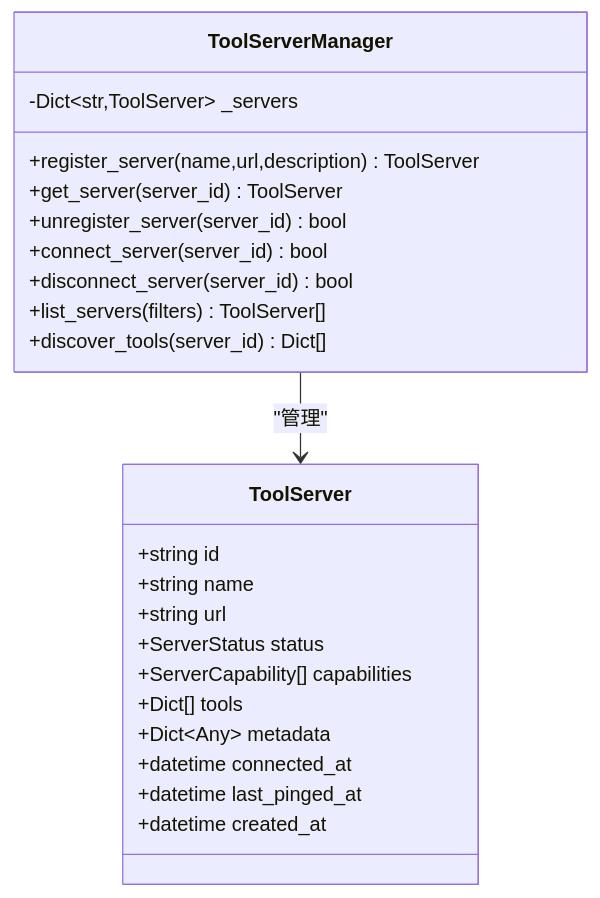
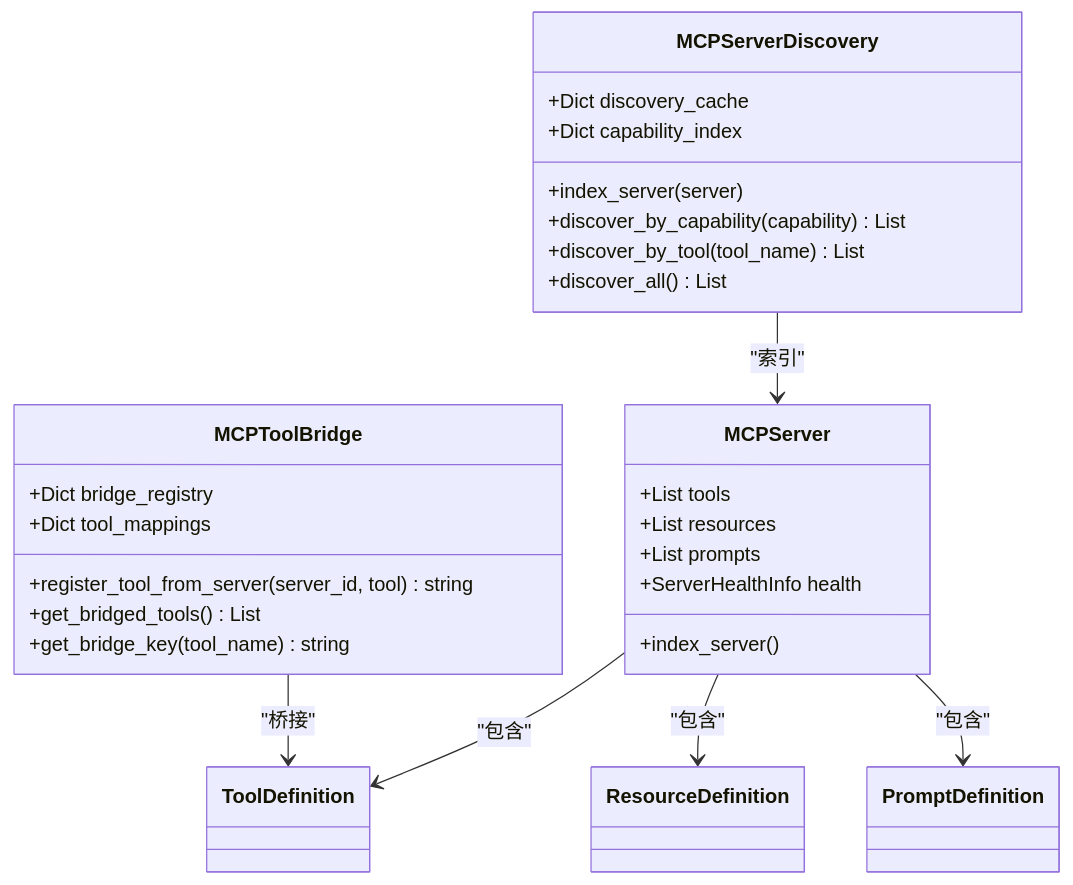
One commit to inier/ontology-graphiti changed the fifth of 8 diagrams in .qoder/repowiki/zh/content/后端服务/业务领域服务/集成服务/MCP协议适配器.md. Above: the diagram before and after it, drawn with Mermaid. The commit also changed other lines of this file and 8 other files, not shown here.

````diff
--- a/.qoder/repowiki/zh/content/后端服务/业务领域服务/集成服务/MCP协议适配器.md
+++ b/.qoder/repowiki/zh/content/后端服务/业务领域服务/集成服务/MCP协议适配器.md
@@ -186,26 +258,30 @@
 ```mermaid
 classDiagram
-class ToolServer {
-+string id
-+string name
-+string url
-+ServerStatus status
-+ServerCapability[] capabilities
-+Dict[] tools
-+Dict~Any~ metadata
-+datetime connected_at
-+datetime last_pinged_at
-+datetime created_at
+class MCPServerDiscovery {
++Dict discovery_cache
++Dict capability_index
++index_server(server)
++discover_by_capability(capability) List
++discover_by_tool(tool_name) List
++discover_all() List
 }
-class ToolServerManager {
--Dict~str,ToolServer~ _servers
-+register_server(name,url,description) ToolServer
-+get_server(server_id) ToolServer
-+unregister_server(server_id) bool
-+connect_server(server_id) bool
-+disconnect_server(server_id) bool
-+list_servers(filters) ToolServer[]
-+discover_tools(server_id) Dict[]
+class MCPToolBridge {
++Dict bridge_registry
++Dict tool_mappings
++register_tool_from_server(server_id, tool) string
++get_bridged_tools() List
++get_bridge_key(tool_name) string
 }
-ToolServerManager --> ToolServer : "管理"
+class MCPServer {
++List tools
++List resources
++List prompts
++ServerHealthInfo health
++index_server()
+}
+MCPServer --> ToolDefinition : "包含"
+MCPServer --> ResourceDefinition : "包含"
+MCPServer --> PromptDefinition : "包含"
+MCPServerDiscovery --> MCPServer : "索引"
+MCPToolBridge --> ToolDefinition : "桥接"
 ```
````
